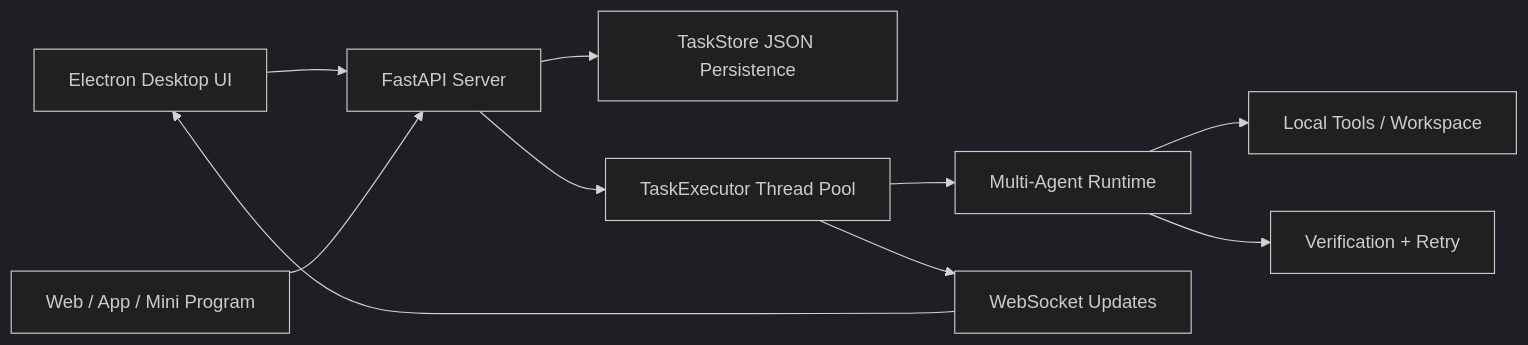
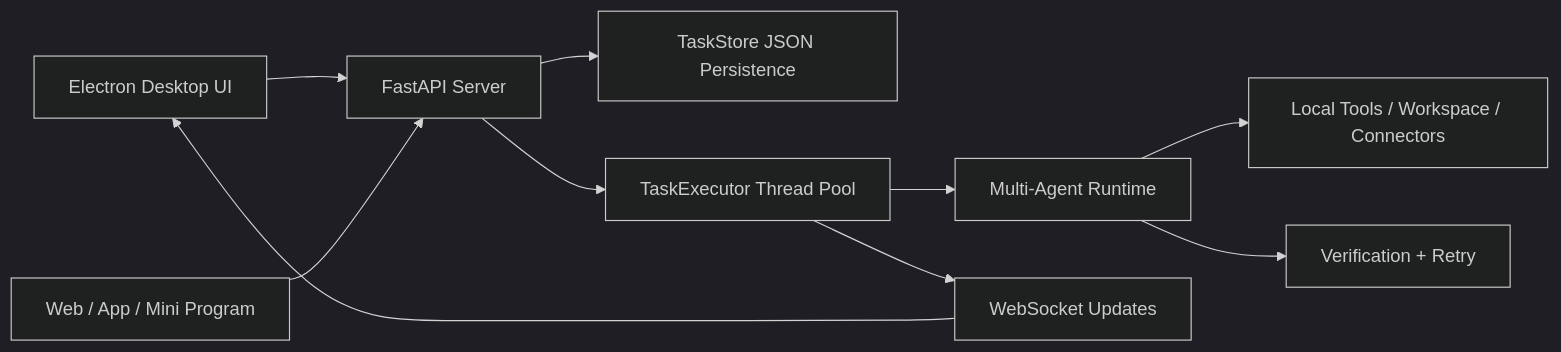
One commit to yangzhengke12-lgtm/local-agent-workbench changed the second of 2 diagrams in README.md. Above: the diagram before and after it, drawn with Mermaid (dark theme). The commit also changed other lines of this file, not shown here.

````diff
--- a/README.md
+++ b/README.md
@@ -296,12 +335,12 @@
 ```mermaid
 flowchart LR
     UI["Electron Desktop UI"] --> API["FastAPI Server"]
     App["Web / App / Mini Program"] --> API
     API --> Store["TaskStore JSON Persistence"]
     API --> Executor["TaskExecutor Thread Pool"]
     Executor --> Runtime["Multi-Agent Runtime"]
-    Runtime --> Tools["Local Tools / Workspace"]
+    Runtime --> Tools["Local Tools / Workspace / Connectors"]
     Runtime --> Verify["Verification + Retry"]
     Executor --> WS["WebSocket Updates"]
     WS --> UI
 ```
````
